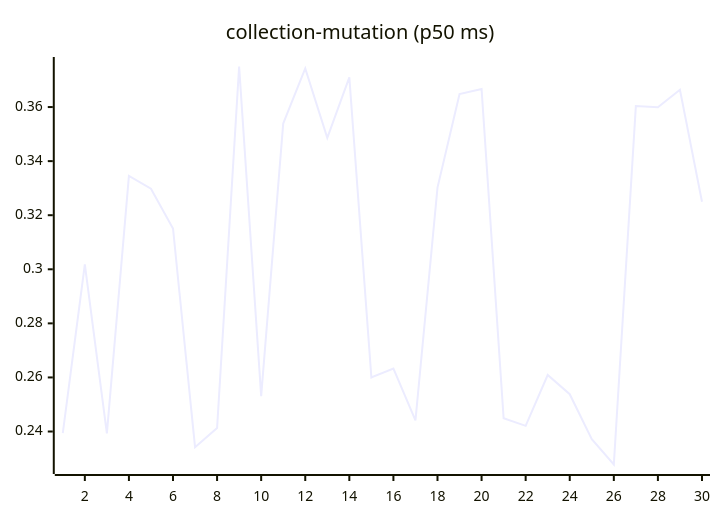
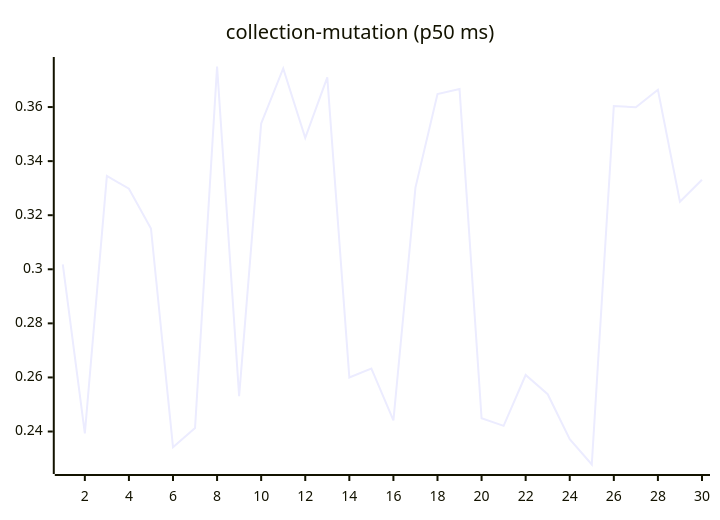
Before and after one commit to josha/Facet: the sixth of 27 diagrams in README.md, drawn with Mermaid. The commit also changed other lines of this file and 2 other files, not shown here.

````diff
--- a/README.md
+++ b/README.md
@@ -98,6 +98,6 @@
 ```mermaid
 xychart-beta
     title "collection-mutation (p50 ms)"
     x-axis 1 --> 30
-    line [0.2394, 0.3018, 0.2393, 0.3345, 0.3298, 0.3151, 0.2342, 0.2413, 0.3750, 0.2531, 0.3539, 0.3743, 0.3486, 0.3710, 0.2600, 0.2633, 0.2441, 0.3302, 0.3648, 0.3667, 0.2449, 0.2421, 0.2609, 0.2538, 0.2372, 0.2278, 0.3604, 0.3599, 0.3664, 0.3250]
+    line [0.3018, 0.2393, 0.3345, 0.3298, 0.3151, 0.2342, 0.2413, 0.3750, 0.2531, 0.3539, 0.3743, 0.3486, 0.3710, 0.2600, 0.2633, 0.2441, 0.3302, 0.3648, 0.3667, 0.2449, 0.2421, 0.2609, 0.2538, 0.2372, 0.2278, 0.3604, 0.3599, 0.3664, 0.3250, 0.3331]
 ```
````
